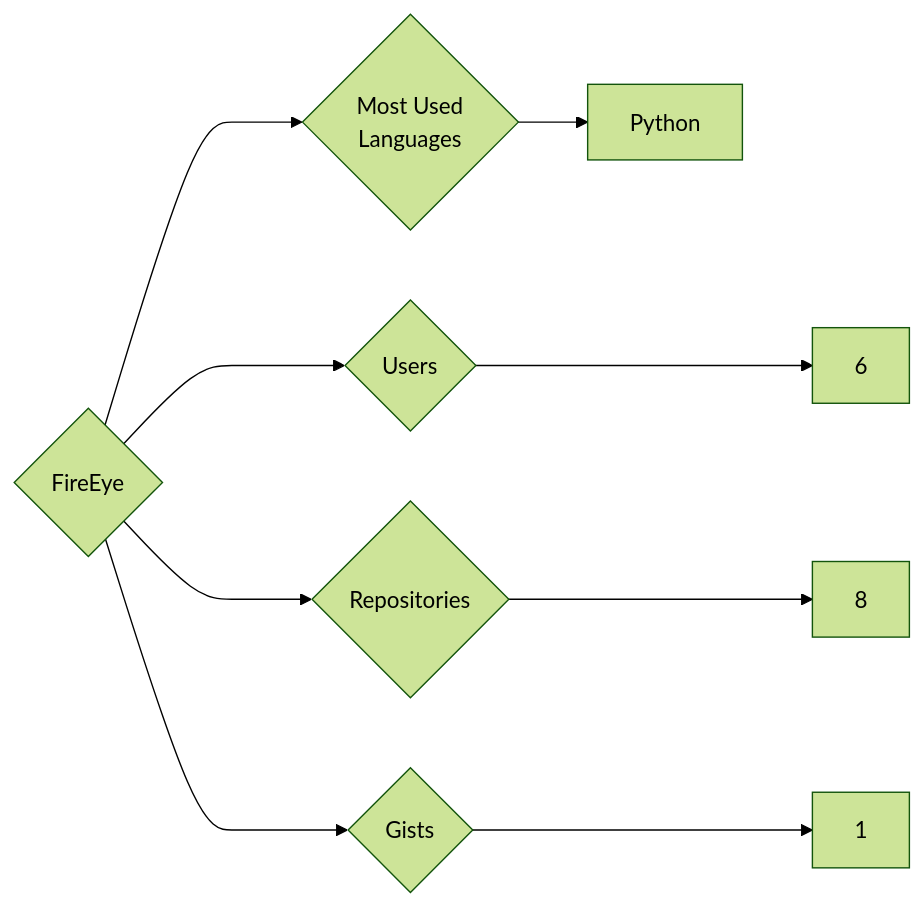
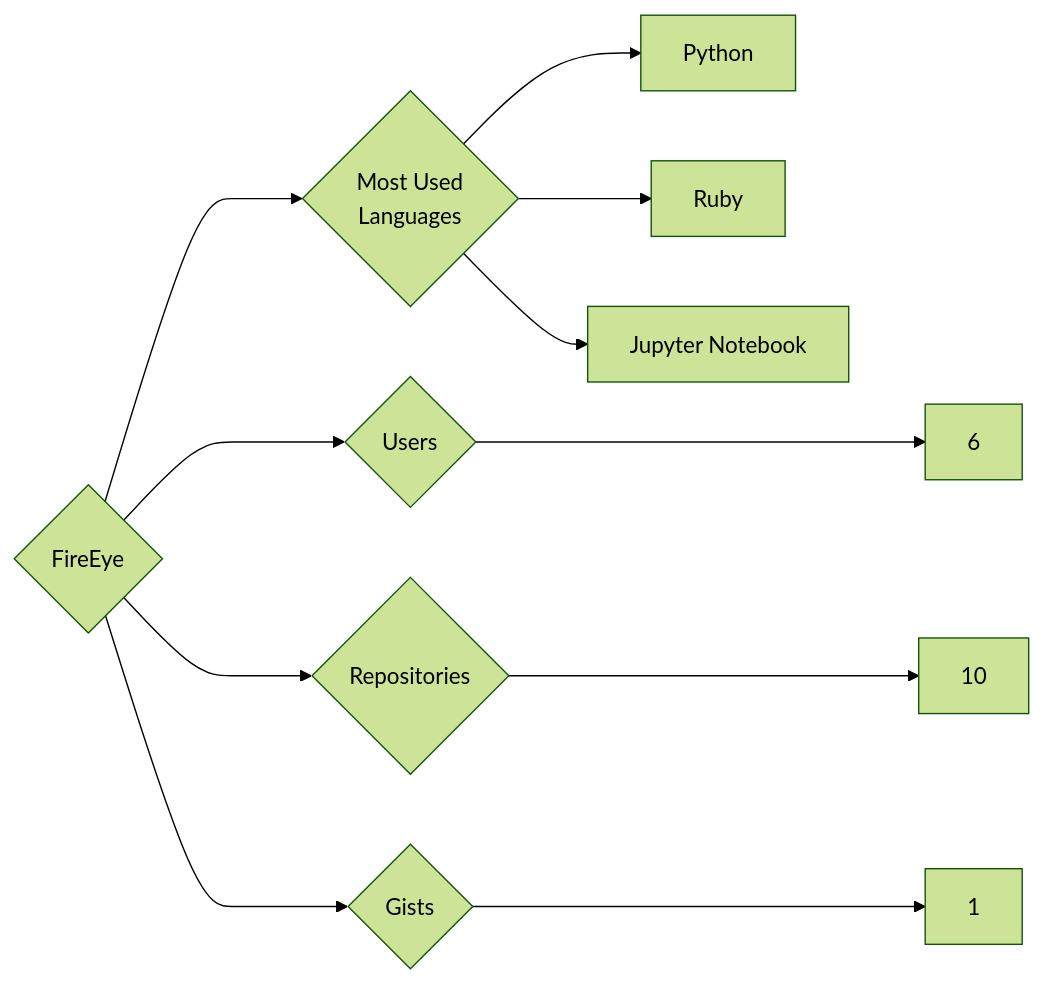
One commit to trickest/insiders changed the diagram in targets/FireEye/README.md. Above: the diagram before and after it, drawn with Mermaid (forest theme). The commit also changed 1078 other files, not shown here.

````diff
--- a/targets/FireEye/README.md
+++ b/targets/FireEye/README.md
@@ -3,9 +3,11 @@
 ```mermaid
 graph LR
 COMPANY_NAME{FireEye}
 COMPANY_NAME ---> U{Users} ---> UN[6]
-COMPANY_NAME ---> R{Repositories} ---> RN[8]
+COMPANY_NAME ---> R{Repositories} ---> RN[10]
 COMPANY_NAME ---> G{Gists} ---> GN[1]
 COMPANY_NAME ---> ML{Most Used<br>Languages}
 ML --> Python[Python]
+ML --> Ruby[Ruby]
+ML --> Jupyter_Notebook[Jupyter Notebook]
 ```
````
